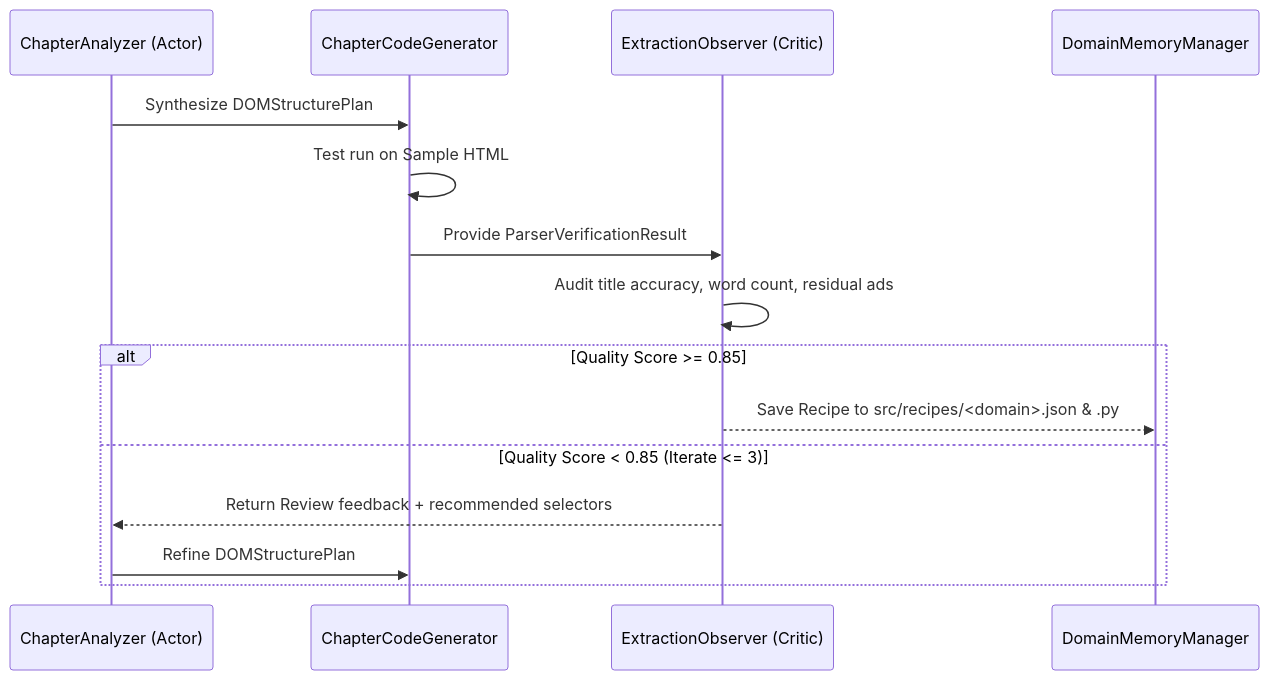
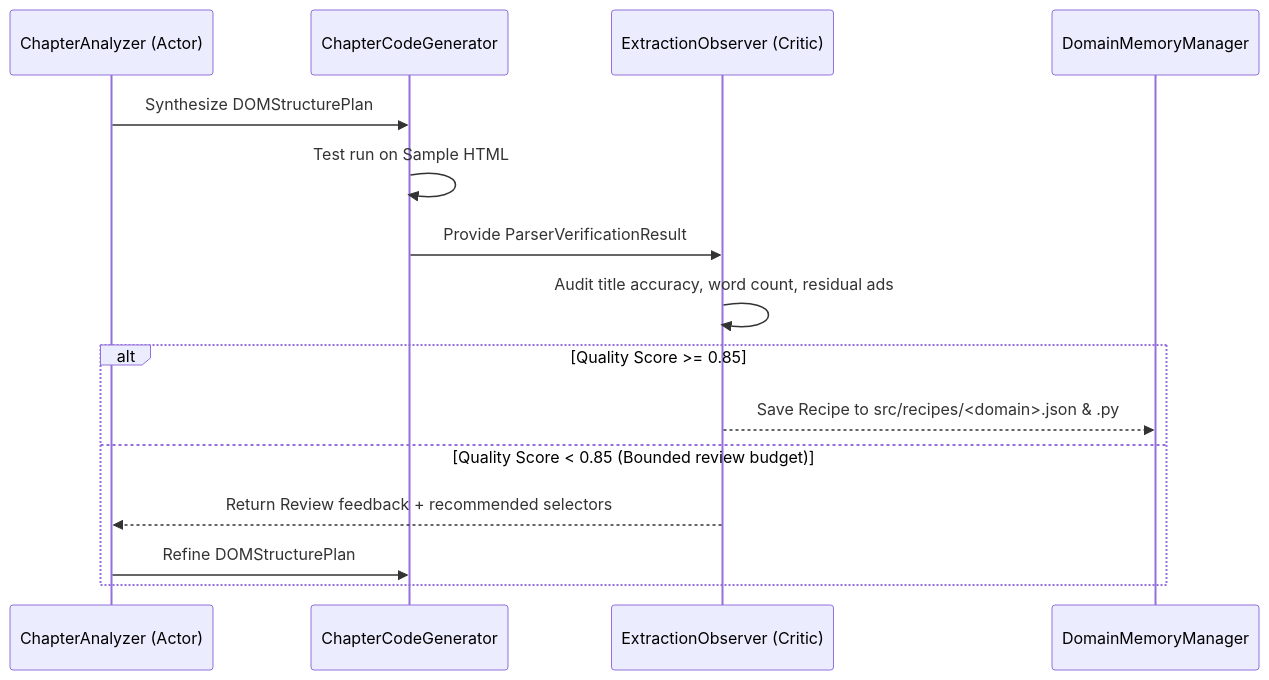
Before and after one commit to Checkmartyr/Novel-Scraper: the third of 3 diagrams in AGENTS.md, drawn with Mermaid. The commit also changed other lines of this file and 27 other files, not shown here.

````diff
--- a/AGENTS.md
+++ b/AGENTS.md
@@ -171,18 +171,18 @@
 ```mermaid
 sequenceDiagram
     participant Analyzer as ChapterAnalyzer (Actor)
     participant CodeGen as ChapterCodeGenerator
     participant Observer as ExtractionObserver (Critic)
     participant Memory as DomainMemoryManager
 
     Analyzer->>CodeGen: Synthesize DOMStructurePlan
     CodeGen->>CodeGen: Test run on Sample HTML
     CodeGen->>Observer: Provide ParserVerificationResult
     Observer->>Observer: Audit title accuracy, word count, residual ads
     alt Quality Score >= 0.85
         Observer-->>Memory: Save Recipe to src/recipes/<domain>.json & .py
-    else Quality Score < 0.85 (Iterate <= 3)
+    else Quality Score < 0.85 (Bounded review budget)
         Observer-->>Analyzer: Return Review feedback + recommended selectors
         Analyzer->>CodeGen: Refine DOMStructurePlan
     end
 ```
````
